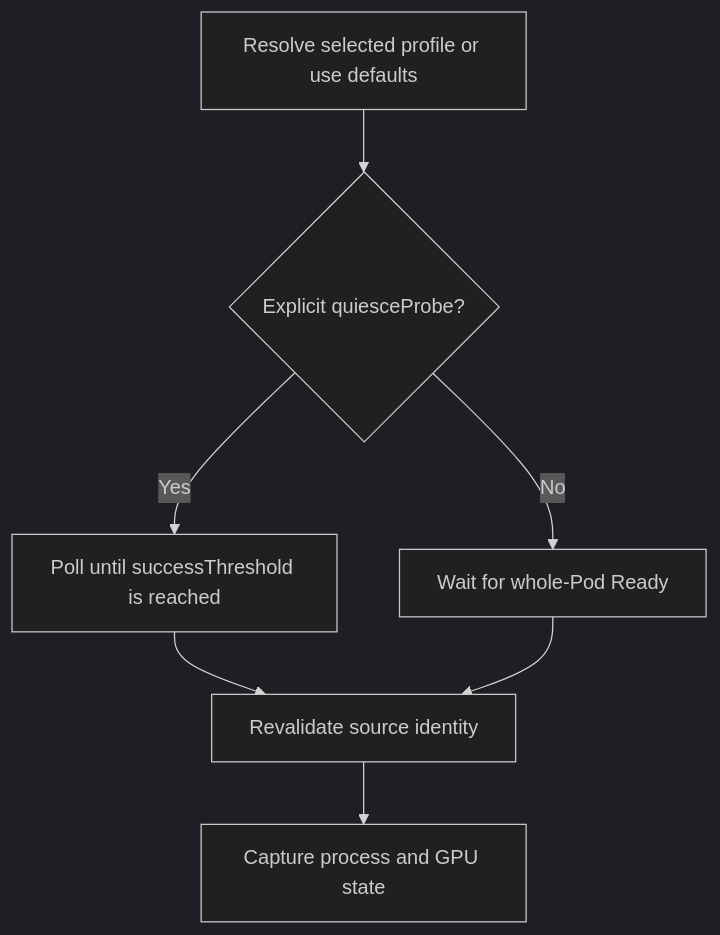
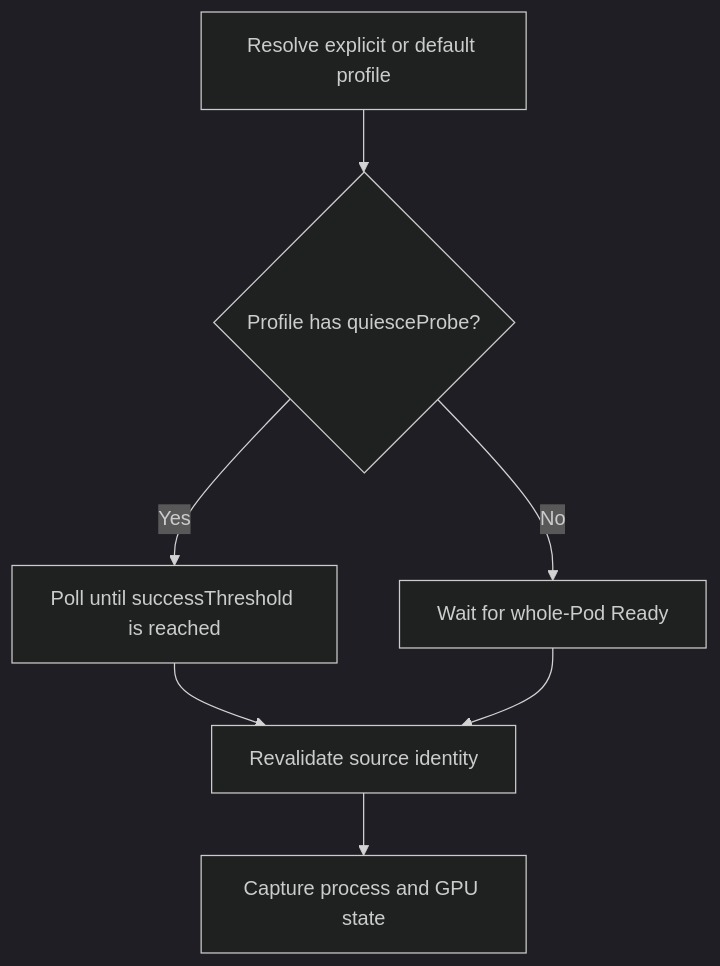
One commit to AlanFokCo/snapshot changed the first of 3 diagrams in docs/proposals/411-application-lifecycle-hooks/README.md. Above: the diagram before and after it, drawn with Mermaid (dark theme). The commit also changed other lines of this file, not shown here.

Commit message:
docs(proposals): define configurable default application profile

````diff
--- a/docs/proposals/411-application-lifecycle-hooks/README.md
+++ b/docs/proposals/411-application-lifecycle-hooks/README.md
@@ -395,9 +403,9 @@
 ```mermaid
 flowchart TD
-    A[Resolve selected profile or use defaults] --> B{Explicit quiesceProbe?}
+    A[Resolve explicit or default profile] --> B{Profile has quiesceProbe?}
     B -->|Yes| C[Poll until successThreshold is reached]
     B -->|No| D[Wait for whole-Pod Ready]
     C --> E[Revalidate source identity]
     D --> E
     E --> F[Capture process and GPU state]
 ```
````
